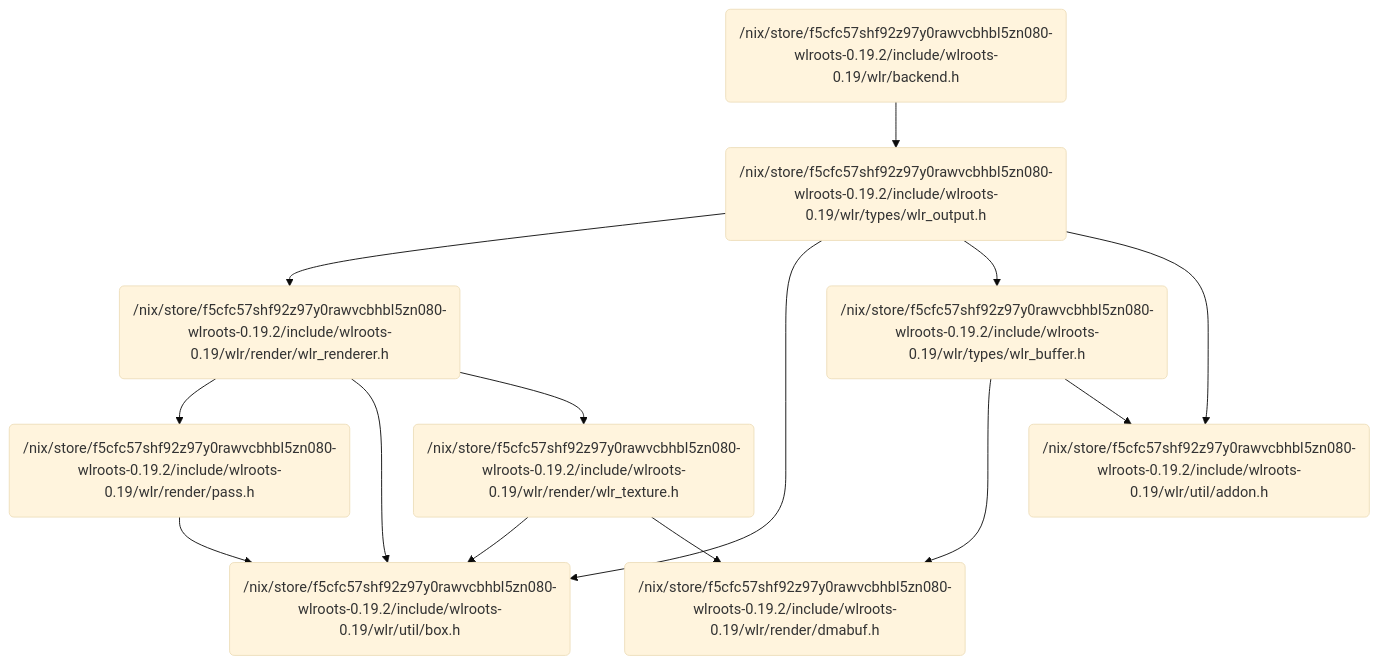
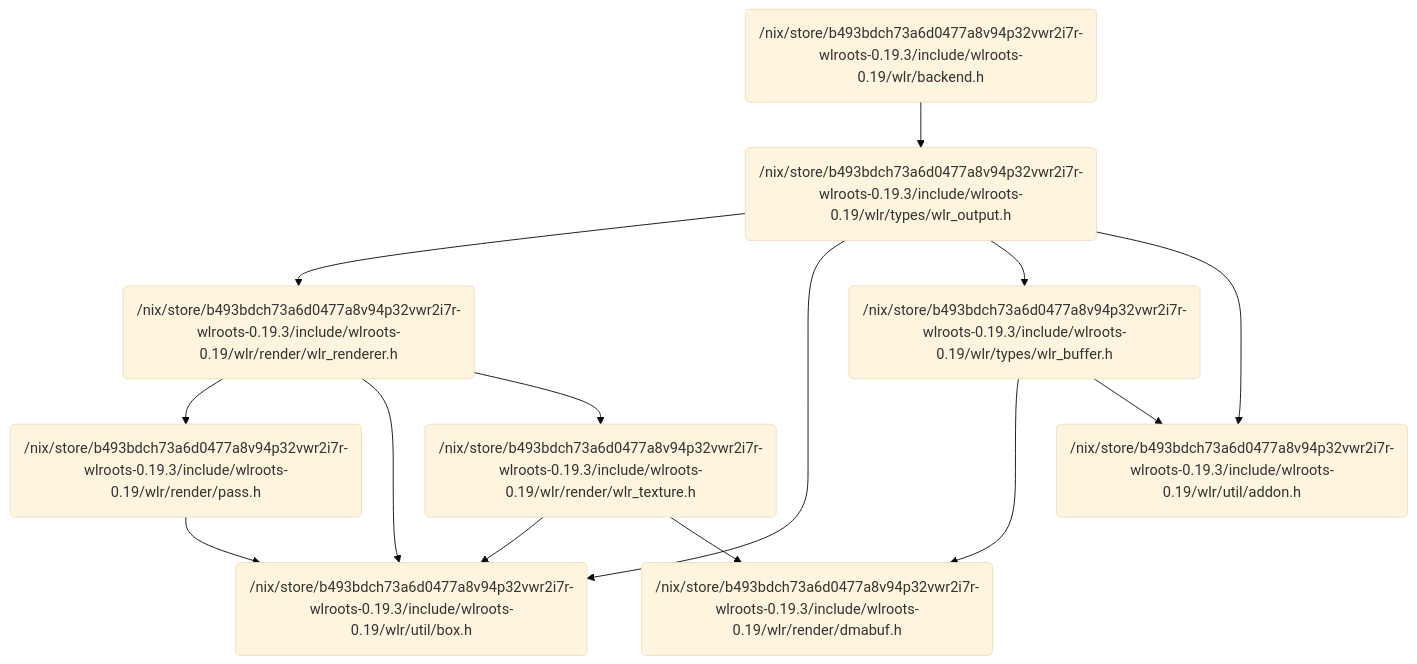
Before and after one commit to well-typed/hs-bindgen-tutorial-nix: the second of 2 diagrams in hs-wlroots/readme.md, drawn with Mermaid (base theme). The commit also changed other lines of this file and 1 other file, not shown here.

Commit message:
also update command outputs in READMEs

````diff
--- a/hs-wlroots/readme.md
+++ b/hs-wlroots/readme.md
@@ -103,25 +103,25 @@
 ```mermaid
-graph TD;
-  v0("/nix/store/f5cfc57shf92z97y0rawvcbhbl5zn080-wlroots-0.19.2/include/wlroots-0.19/wlr/backend.h")
-  v90("/nix/store/f5cfc57shf92z97y0rawvcbhbl5zn080-wlroots-0.19.2/include/wlroots-0.19/wlr/render/dmabuf.h")
-  v87("/nix/store/f5cfc57shf92z97y0rawvcbhbl5zn080-wlroots-0.19.2/include/wlroots-0.19/wlr/render/pass.h")
-  v86("/nix/store/f5cfc57shf92z97y0rawvcbhbl5zn080-wlroots-0.19.2/include/wlroots-0.19/wlr/render/wlr_renderer.h")
-  v89("/nix/store/f5cfc57shf92z97y0rawvcbhbl5zn080-wlroots-0.19.2/include/wlroots-0.19/wlr/render/wlr_texture.h")
-  v91("/nix/store/f5cfc57shf92z97y0rawvcbhbl5zn080-wlroots-0.19.2/include/wlroots-0.19/wlr/types/wlr_buffer.h")
-  v75("/nix/store/f5cfc57shf92z97y0rawvcbhbl5zn080-wlroots-0.19.2/include/wlroots-0.19/wlr/types/wlr_output.h")
-  v92("/nix/store/f5cfc57shf92z97y0rawvcbhbl5zn080-wlroots-0.19.2/include/wlroots-0.19/wlr/util/addon.h")
-  v88("/nix/store/f5cfc57shf92z97y0rawvcbhbl5zn080-wlroots-0.19.2/include/wlroots-0.19/wlr/util/box.h")
+graph TD
+  v0("/nix/store/b493bdch73a6d0477a8v94p32vwr2i7r-wlroots-0.19.3/include/wlroots-0.19/wlr/backend.h")
+  v75("/nix/store/b493bdch73a6d0477a8v94p32vwr2i7r-wlroots-0.19.3/include/wlroots-0.19/wlr/types/wlr_output.h")
+  v86("/nix/store/b493bdch73a6d0477a8v94p32vwr2i7r-wlroots-0.19.3/include/wlroots-0.19/wlr/render/wlr_renderer.h")
+  v87("/nix/store/b493bdch73a6d0477a8v94p32vwr2i7r-wlroots-0.19.3/include/wlroots-0.19/wlr/render/pass.h")
+  v88("/nix/store/b493bdch73a6d0477a8v94p32vwr2i7r-wlroots-0.19.3/include/wlroots-0.19/wlr/util/box.h")
+  v89("/nix/store/b493bdch73a6d0477a8v94p32vwr2i7r-wlroots-0.19.3/include/wlroots-0.19/wlr/render/wlr_texture.h")
+  v90("/nix/store/b493bdch73a6d0477a8v94p32vwr2i7r-wlroots-0.19.3/include/wlroots-0.19/wlr/render/dmabuf.h")
+  v91("/nix/store/b493bdch73a6d0477a8v94p32vwr2i7r-wlroots-0.19.3/include/wlroots-0.19/wlr/types/wlr_buffer.h")
+  v92("/nix/store/b493bdch73a6d0477a8v94p32vwr2i7r-wlroots-0.19.3/include/wlroots-0.19/wlr/util/addon.h")
   v0-->v75
   v75-->v86
   v86-->v87
   v75-->v88
   v86-->v88
   v87-->v88
   v89-->v88
   v86-->v89
   v89-->v90
   v91-->v90
   v75-->v91
   v75-->v92
   v91-->v92
 ```
````
